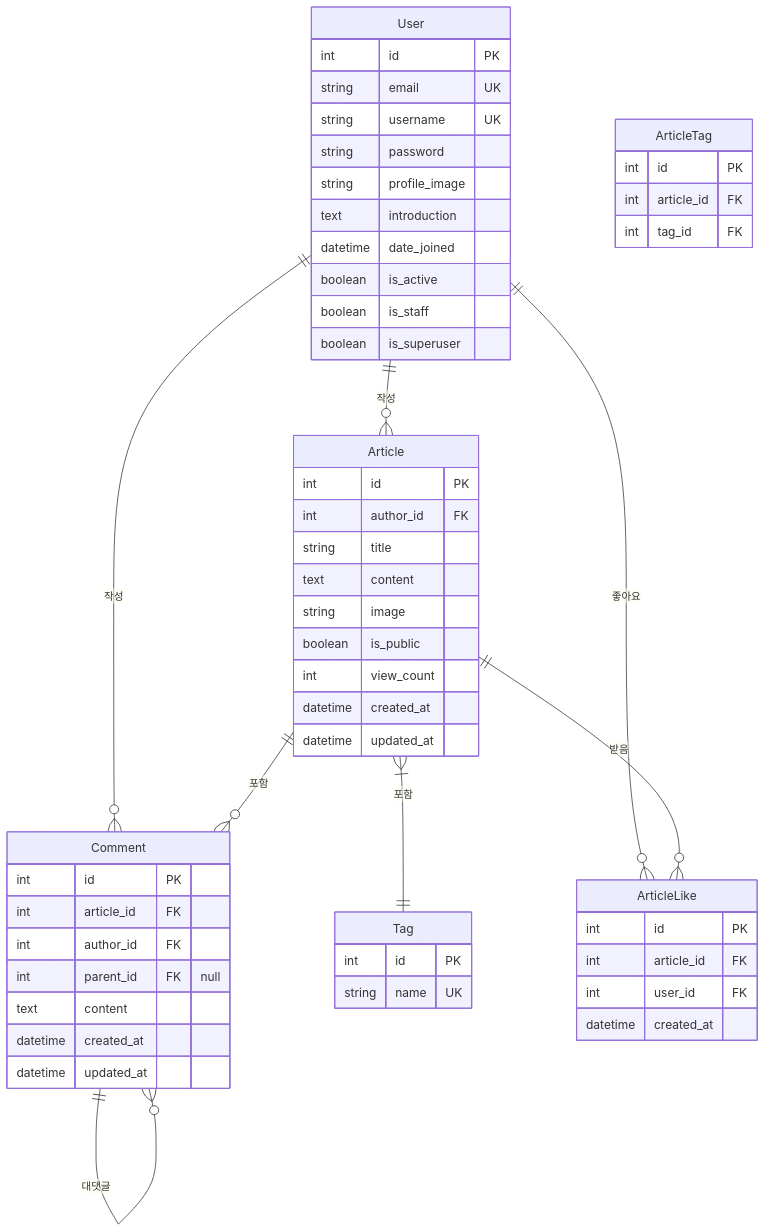
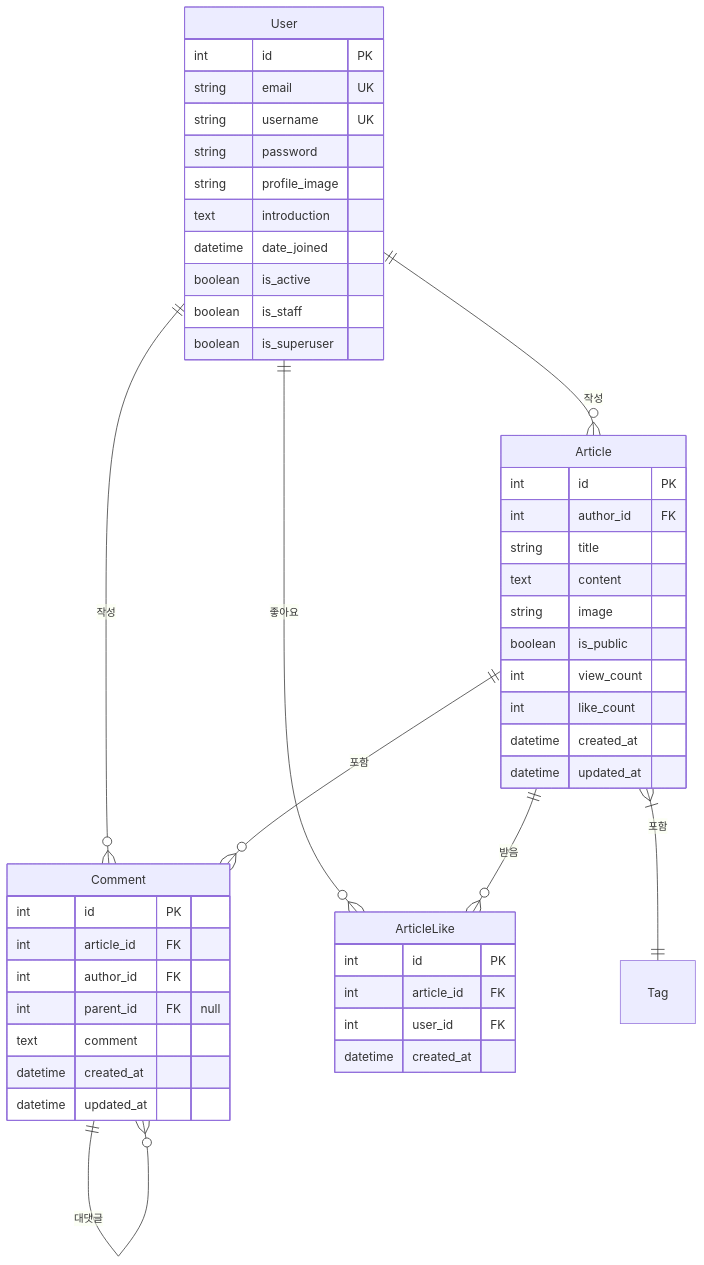
Before and after one commit to yoonjginny/whyding: the diagram in ERD.md, drawn with Mermaid. The commit also changed other lines of this file, not shown here.

Commit message:
docs: Update ERD

````diff
--- a/ERD.md
+++ b/ERD.md
@@ -1,63 +1,53 @@
 ```mermaid
 erDiagram
     User {
         int id PK
         string email UK
         string username UK
         string password
         string profile_image
         text introduction
         datetime date_joined
         boolean is_active
         boolean is_staff
         boolean is_superuser
     }
 
     Article {
         int id PK
         int author_id FK
         string title
         text content
         string image
         boolean is_public
         int view_count
+        int like_count
         datetime created_at
         datetime updated_at
     }
 
     Comment {
         int id PK
         int article_id FK
         int author_id FK
         int parent_id FK "null"
-        text content
+        text comment
         datetime created_at
         datetime updated_at
-    }
-
-    Tag {
-        int id PK
-        string name UK
-    }
-
-    ArticleTag {
-        int id PK
-        int article_id FK
-        int tag_id FK
     }
 
     ArticleLike {
         int id PK
         int article_id FK
         int user_id FK
         datetime created_at
     }
 
     User ||--o{ Article : "작성"
     User ||--o{ Comment : "작성"
     User ||--o{ ArticleLike : "좋아요"
     Article ||--o{ Comment : "포함"
     Article ||--o{ ArticleLike : "받음"
     Article }|--|| Tag : "포함"
     Comment ||--o{ Comment : "대댓글"
 ```
````
